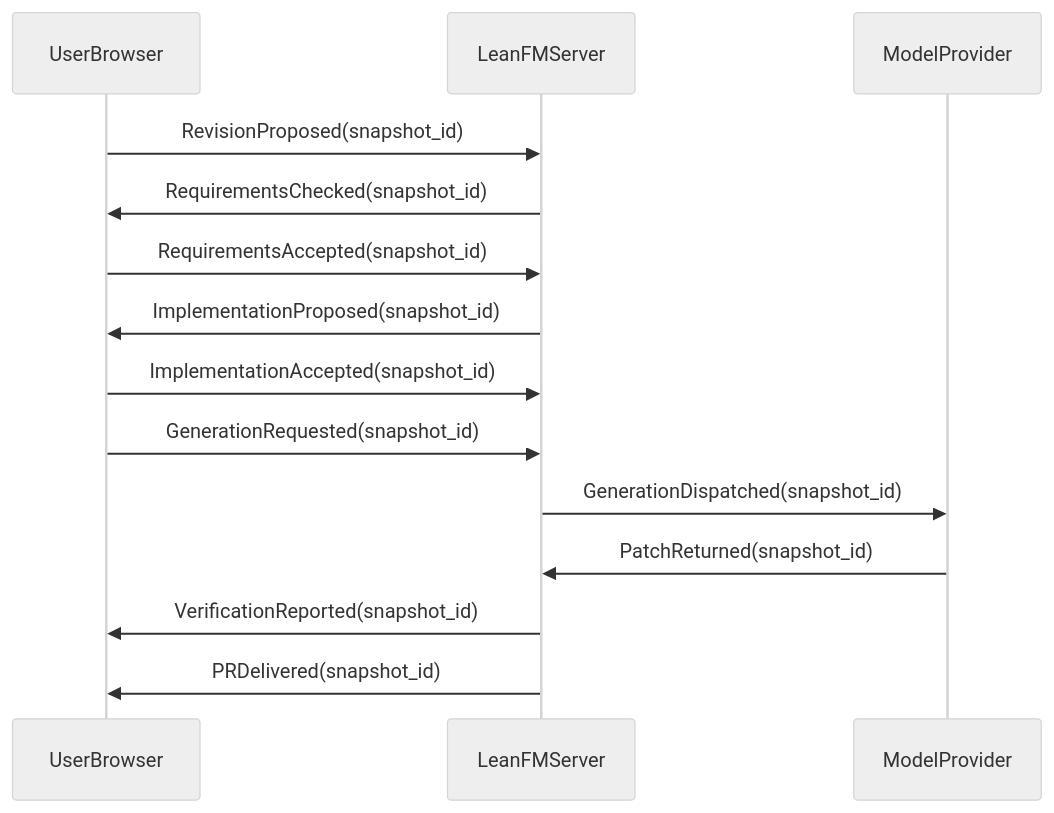
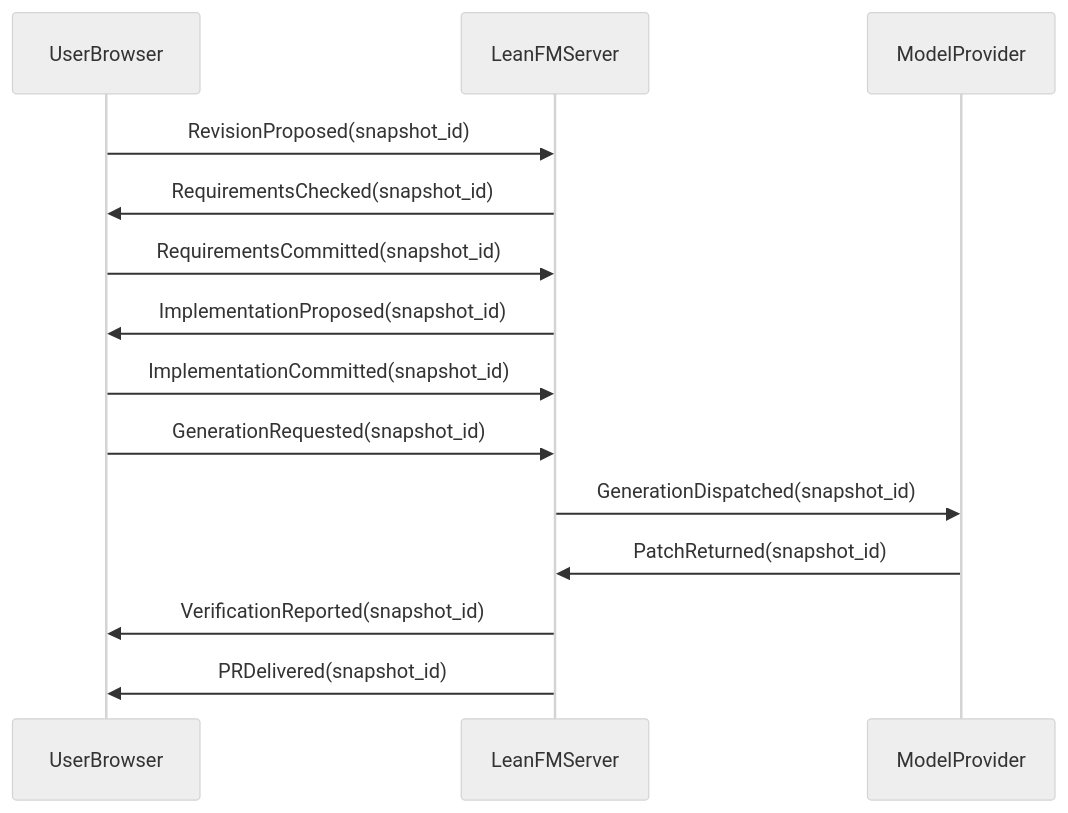
The first of 3 diagrams in SELF_HOSTING_REVIEW.md (rfielding/leanFM), drawn with Mermaid (neutral theme) before and after one commit. The commit also changed other lines of this file and 16 other files, not shown here.

````diff
--- a/SELF_HOSTING_REVIEW.md
+++ b/SELF_HOSTING_REVIEW.md
@@ -16,16 +16,16 @@
 ```mermaid
 sequenceDiagram
     participant UserBrowser
     participant LeanFMServer
     participant ModelProvider
     UserBrowser->>LeanFMServer: RevisionProposed(snapshot_id)
     LeanFMServer->>UserBrowser: RequirementsChecked(snapshot_id)
-    UserBrowser->>LeanFMServer: RequirementsAccepted(snapshot_id)
+    UserBrowser->>LeanFMServer: RequirementsCommitted(snapshot_id)
     LeanFMServer->>UserBrowser: ImplementationProposed(snapshot_id)
-    UserBrowser->>LeanFMServer: ImplementationAccepted(snapshot_id)
+    UserBrowser->>LeanFMServer: ImplementationCommitted(snapshot_id)
     UserBrowser->>LeanFMServer: GenerationRequested(snapshot_id)
     LeanFMServer->>ModelProvider: GenerationDispatched(snapshot_id)
     ModelProvider->>LeanFMServer: PatchReturned(snapshot_id)
     LeanFMServer->>UserBrowser: VerificationReported(snapshot_id)
     LeanFMServer->>UserBrowser: PRDelivered(snapshot_id)
 ```
````
